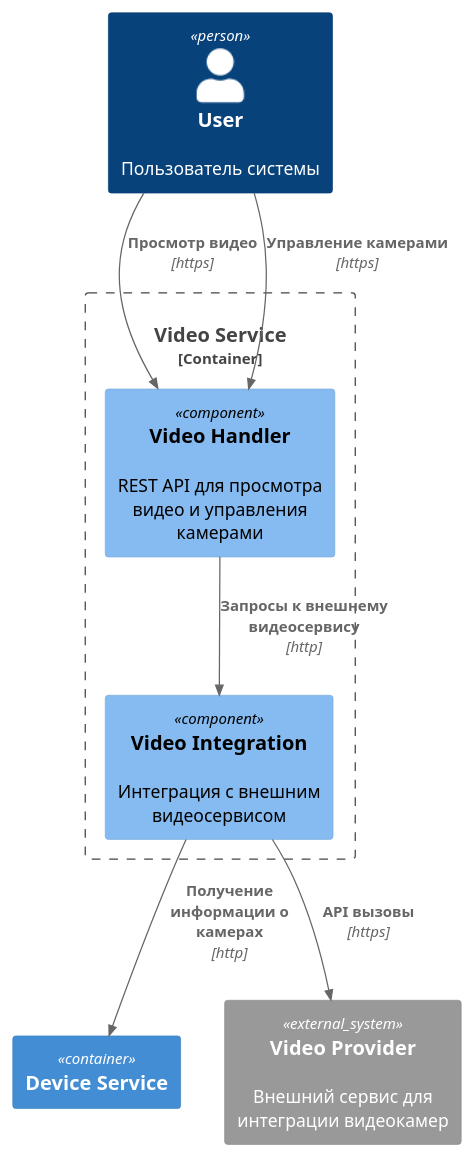
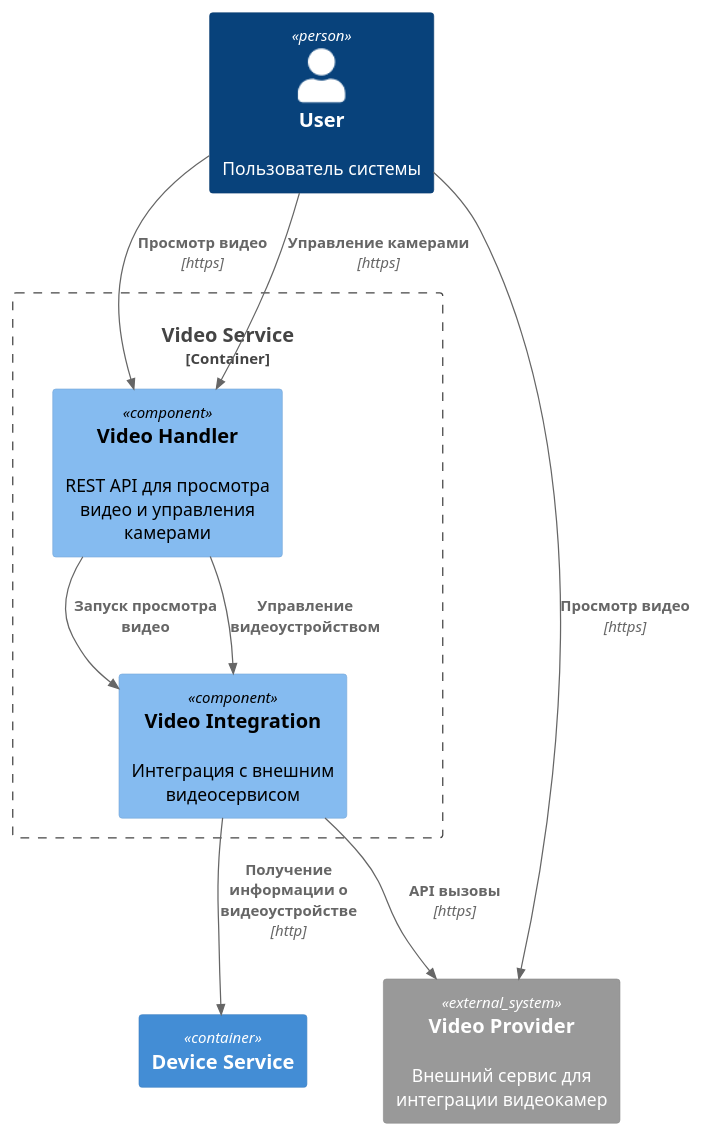
One commit to dengaleev/practicum-warmhouse changed the sixth of 6 diagrams in docs/2be_component.puml. Above: the diagram before and after it, drawn with PlantUML. The commit also changed other lines of this file, not shown here.

```diff
--- a/docs/2be_component.puml
+++ b/docs/2be_component.puml
@@ -153,21 +156,23 @@
 @startuml C4_Component_ToBeSystem_VideoService
 
 !include https://raw.githubusercontent.com/plantuml-stdlib/C4-PlantUML/master/C4_Component.puml
 
 Person(user, "User", "Пользователь системы")
 Container(device_service, "Device Service", "", "")
 System_Ext(video_provider, "Video Provider", "Внешний сервис для интеграции видеокамер")
 
 Container_Boundary(video_service, "Video Service") {
     Component(video_handler, "Video Handler", "", "REST API для просмотра видео и управления камерами")
     Component(video_integration, "Video Integration", "", "Интеграция с внешним видеосервисом")
 }
 
 Rel(user, video_handler, "Просмотр видео", "https")
 Rel(user, video_handler, "Управление камерами", "https")
+Rel(user, video_provider, "Просмотр видео", "https")
 
-Rel(video_handler, video_integration, "Запросы к внешнему видеосервису", "http")
-Rel(video_integration, device_service, "Получение информации о камерах", "http")
+Rel(video_handler, video_integration, "Запуск просмотра видео", "")
+Rel(video_handler, video_integration, "Управление видеоустройством", "")
+Rel(video_integration, device_service, "Получение информации о видеоустройстве", "http")
 Rel(video_integration, video_provider, "API вызовы", "https")
 
 @enduml
```
